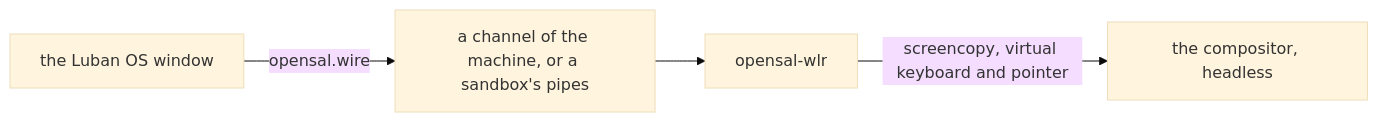
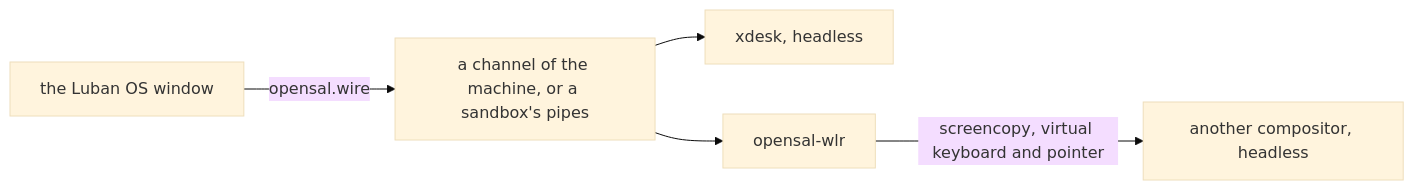
Before and after one commit to openxlings/xlings: the diagram in docs/luban/08-desktop.md, drawn with Mermaid (base theme). The commit also changed other lines of this file and 5 other files, not shown here.

````diff
--- a/docs/luban/08-desktop.md
+++ b/docs/luban/08-desktop.md
@@ -75,6 +167,6 @@
 ```mermaid
 graph LR
     W[the Luban OS window] -- opensal.wire --> C[a channel of the machine, or a sandbox's pipes]
-    C --> B[opensal-wlr]
-    B -- screencopy, virtual keyboard and pointer --> D[the compositor, headless]
+    C --> X[xdesk, headless]
+    C --> B[opensal-wlr] -- screencopy, virtual keyboard and pointer --> D[another compositor, headless]
 ```
````
